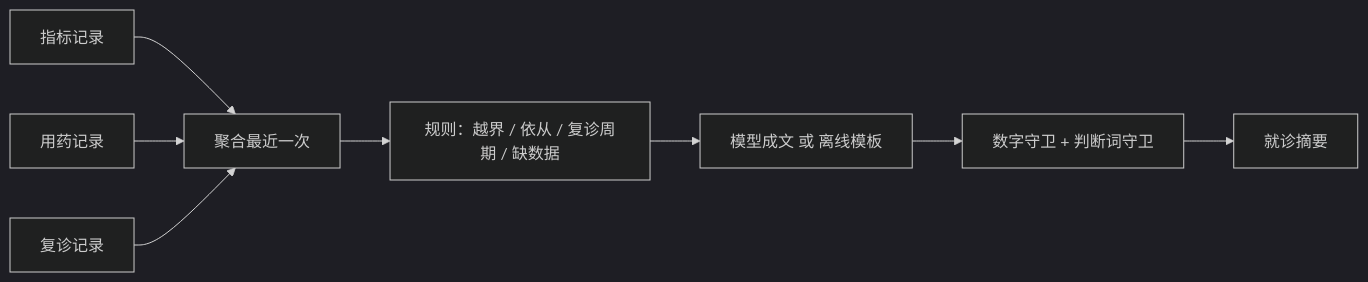
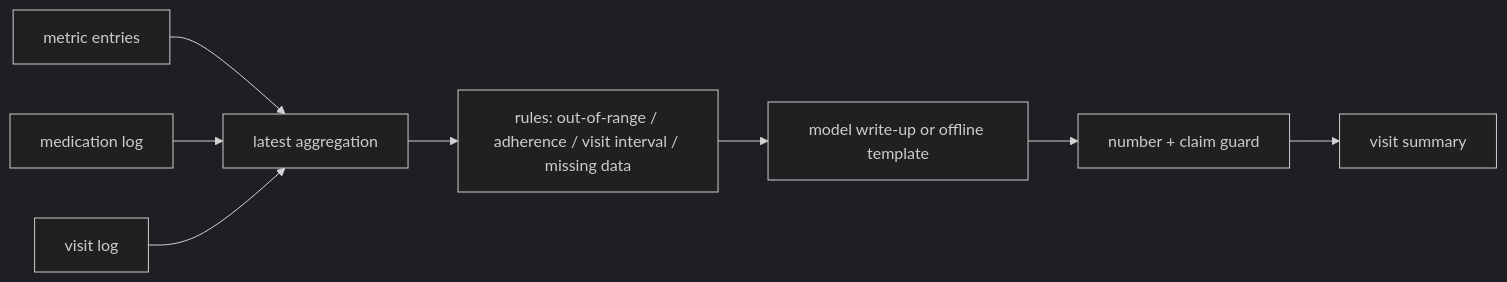
Before and after one commit to wushiyi105-jpg/chart: the diagram in README.en.md, drawn with Mermaid (dark theme). The commit also changed other lines of this file and 4 other files, not shown here.

````diff
--- a/README.en.md
+++ b/README.en.md
@@ -64,10 +67,10 @@
 ```mermaid
 graph LR
-  A[指标记录] --> M[聚合最近一次]
-  B[用药记录] --> M
-  C[复诊记录] --> M
-  M --> R[规则：越界 / 依从 / 复诊周期 / 缺数据]
-  R --> P[模型成文 或 离线模板]
-  P --> G[数字守卫 + 判断词守卫]
-  G --> O[就诊摘要]
+  A[metric entries] --> M[latest aggregation]
+  B[medication log] --> M
+  C[visit log] --> M
+  M --> R[rules: out-of-range / adherence / visit interval / missing data]
+  R --> P[model write-up or offline template]
+  P --> G[number + claim guard]
+  G --> O[visit summary]
 ```
````
